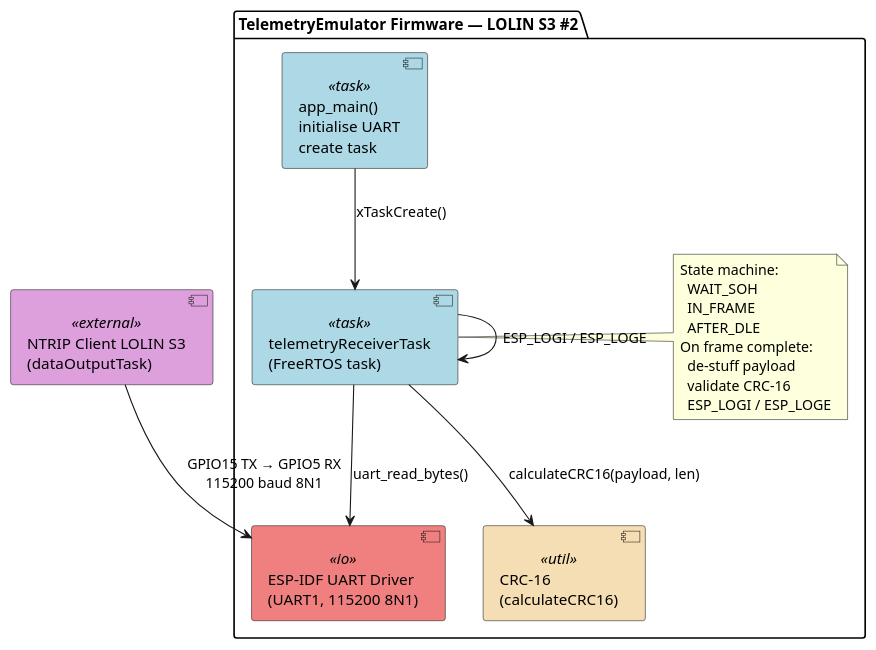
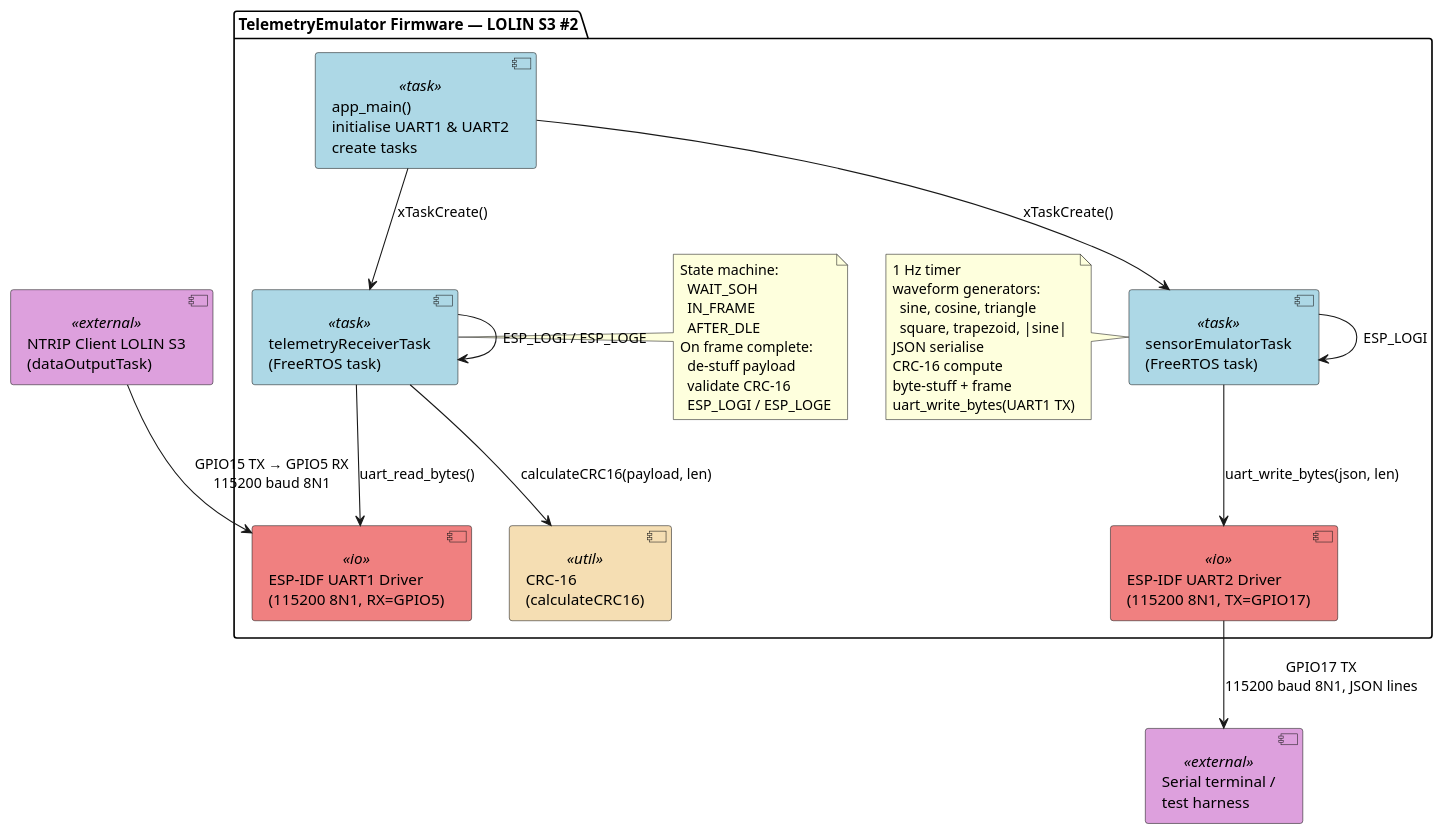
Before and after one commit to pe1mew/NTRIP-FreeRTOS-Client-for-ESP32: the first of 3 diagrams in tests/TelemetryEmulator/design.md, drawn with PlantUML. The commit also changed other lines of this file and 18 other files, not shown here.

````diff
--- a/tests/TelemetryEmulator/design.md
+++ b/tests/TelemetryEmulator/design.md
@@ -201,43 +216,62 @@
 ```plantuml
 @startuml TelemetryEmulator_Components
 
 skinparam component {
     BackgroundColor<<task>>     #LightBlue
     BackgroundColor<<protocol>> #LightGreen
     BackgroundColor<<io>>       #LightCoral
     BackgroundColor<<util>>     #Wheat
     BackgroundColor<<external>> #Plum
 }
 
 package "TelemetryEmulator Firmware — LOLIN S3 #2" {
 
-    component [app_main()\ninitialise UART\ncreate task] as Main <<task>>
+    component [app_main()\ninitialise UART1 & UART2\ncreate tasks] as Main <<task>>
 
     component [telemetryReceiverTask\n(FreeRTOS task)] as RecvTask <<task>>
     note right of RecvTask
       State machine:
         WAIT_SOH
         IN_FRAME
         AFTER_DLE
       On frame complete:
         de-stuff payload
         validate CRC-16
         ESP_LOGI / ESP_LOGE
     end note
 
+    component [sensorEmulatorTask\n(FreeRTOS task)] as EmulTask <<task>>
+    note left of EmulTask
+      1 Hz timer
+      waveform generators:
+        sine, cosine, triangle
+        square, trapezoid, |sine|
+      JSON serialise
+      CRC-16 compute
+      byte-stuff + frame
+      uart_write_bytes(UART1 TX)
+    end note
+
     component [CRC-16\n(calculateCRC16)] as CRC16 <<util>>
 
-    component [ESP-IDF UART Driver\n(UART1, 115200 8N1)] as UART <<io>>
+    component [ESP-IDF UART1 Driver\n(115200 8N1, RX=GPIO5)] as UART1 <<io>>
 
-    Main --> RecvTask : xTaskCreate()
-    RecvTask --> UART   : uart_read_bytes()
+    component [ESP-IDF UART2 Driver\n(115200 8N1, TX=GPIO17)] as UART2 <<io>>
+
+    Main --> RecvTask  : xTaskCreate()
+    Main --> EmulTask  : xTaskCreate()
+    RecvTask --> UART1  : uart_read_bytes()
     RecvTask --> CRC16  : calculateCRC16(payload, len)
     RecvTask --> RecvTask : ESP_LOGI / ESP_LOGE
+    EmulTask --> UART2  : uart_write_bytes(json, len)
+    EmulTask --> EmulTask : ESP_LOGI
 }
 
 component [NTRIP Client LOLIN S3\n(dataOutputTask)] as NTRIPBoard <<external>>
+component [Serial terminal /\ntest harness] as Consumer <<external>>
 
-NTRIPBoard --> UART : GPIO15 TX → GPIO5 RX\n115200 baud 8N1
+NTRIPBoard --> UART1 : GPIO15 TX → GPIO5 RX\n115200 baud 8N1
+UART2 --> Consumer : GPIO17 TX\n115200 baud 8N1, JSON lines
 
 @enduml
 ```
````
